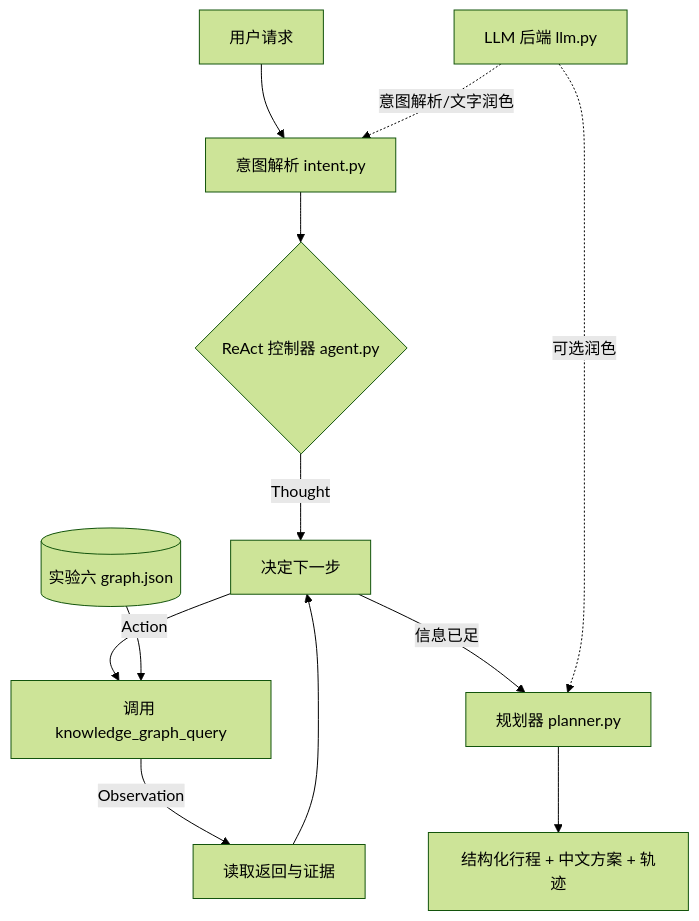
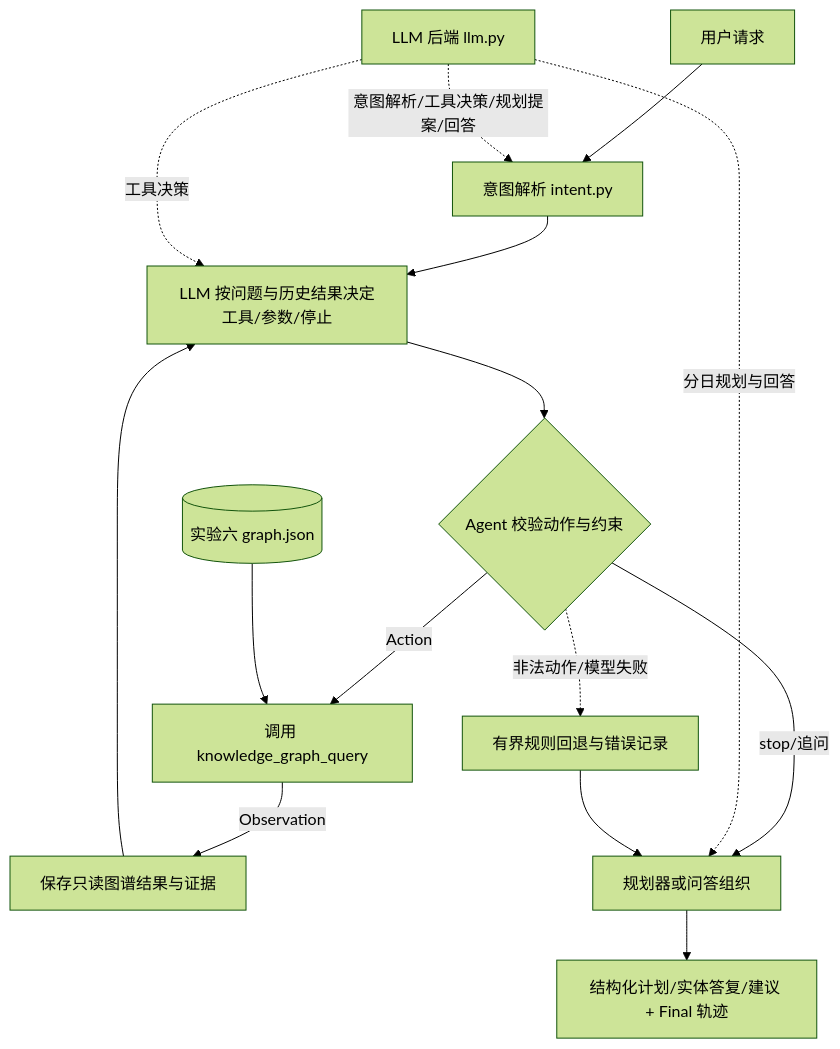
One commit to Fionaxxxi/data_mining_lab changed the diagram in 实验七/实验七报告.md. Above: the diagram before and after it, drawn with Mermaid (forest theme). The commit also changed other lines of this file and 209 other files, not shown here.

````diff
--- a/实验七/实验七报告.md
+++ b/实验七/实验七报告.md
@@ -87,14 +87,17 @@
 ```mermaid
 flowchart TB
  U[用户请求] --> I[意图解析 intent.py]
- I --> C{ReAct 控制器 agent.py}
- C -->|Thought| D[决定下一步]
- D -->|Action| T[调用 knowledge_graph_query]
- T -->|Observation| O[读取返回与证据]
+ I --> D[LLM 按问题与历史结果决定工具/参数/停止]
+ D --> V{Agent 校验动作与约束}
+ V -->|Action| T[调用 knowledge_graph_query]
+ T -->|Observation| O[保存只读图谱结果与证据]
  O --> D
- D -->|信息已足| P[规划器 planner.py]
- P --> R[结构化行程 + 中文方案 + 轨迹]
- L[LLM 后端 llm.py] -.意图解析/文字润色.-> I
- L -.可选润色.-> P
+ V -->|stop/追问| P[规划器或问答组织]
+ P --> R[结构化计划/实体答复/建议 + Final 轨迹]
+ L[LLM 后端 llm.py] -.意图解析/工具决策/规划提案/回答.-> I
+ L -.工具决策.-> D
+ L -.分日规划与回答.-> P
+ V -.非法动作/模型失败.-> F[有界规则回退与错误记录]
+ F --> P
  G[(实验六 graph.json)] --> T
 ```
````
